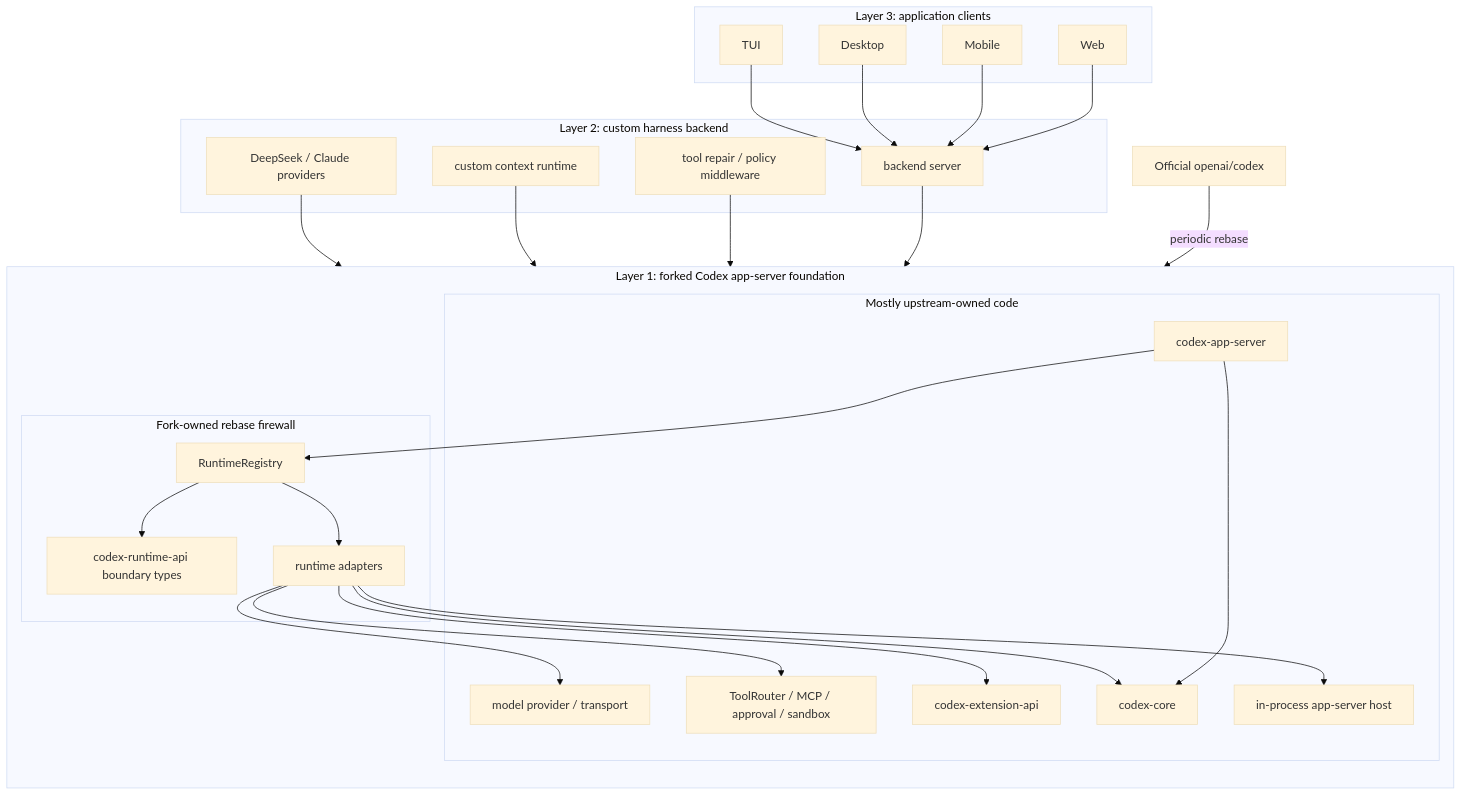
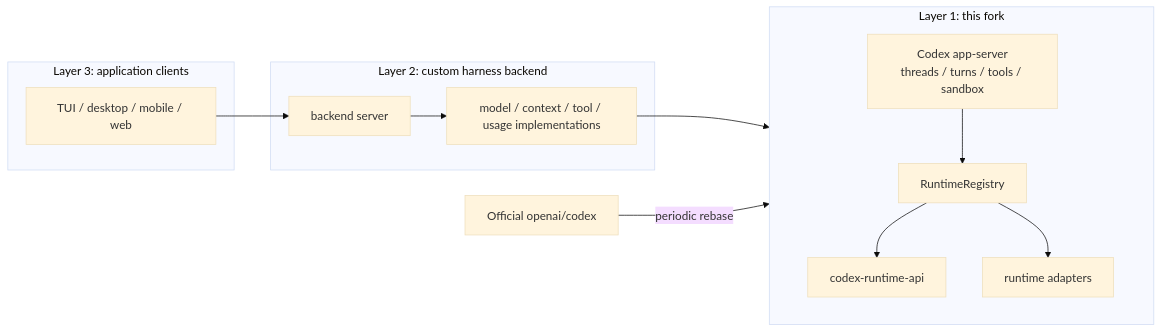
Before and after one commit to skxie/oh-my-codex-app-server: the diagram in README.md, drawn with Mermaid (base theme).

Commit message:
Simplify README architecture diagram

````diff
--- a/README.md
+++ b/README.md
@@ -14,57 +14,30 @@
 ```mermaid
-flowchart TD
+flowchart LR
   Upstream["Official openai/codex"]
 
-  subgraph L1["Layer 1: forked Codex app-server foundation"]
+  subgraph L1["Layer 1: this fork"]
     direction TB
+    AppServer["Codex app-server\nthreads / turns / tools / sandbox"]
+    RuntimeRegistry["RuntimeRegistry"]
+    RuntimeApi["codex-runtime-api"]
+    Adapters["runtime adapters"]
 
-    subgraph UpstreamOwned["Mostly upstream-owned code"]
-      AppServer["codex-app-server"]
-      Core["codex-core"]
-      ToolRuntime["ToolRouter / MCP / approval / sandbox"]
-      ModelRuntime["model provider / transport"]
-      ExtensionApi["codex-extension-api"]
-      InProcess["in-process app-server host"]
-    end
-
-    subgraph ForkOwned["Fork-owned rebase firewall"]
-      RuntimeRegistry["RuntimeRegistry"]
-      RuntimeApi["codex-runtime-api boundary types"]
-      Adapters["runtime adapters"]
-    end
-
+    AppServer --> RuntimeRegistry
     RuntimeRegistry --> RuntimeApi
     RuntimeRegistry --> Adapters
-    Adapters --> ModelRuntime
-    Adapters --> ToolRuntime
-    Adapters --> ExtensionApi
-    Adapters --> Core
-    Adapters --> InProcess
-    AppServer --> RuntimeRegistry
-    AppServer --> Core
   end
 
   subgraph L2["Layer 2: custom harness backend"]
-    CustomProvider["DeepSeek / Claude providers"]
-    CustomContext["custom context runtime"]
-    ToolRepair["tool repair / policy middleware"]
     Backend["backend server"]
+    RuntimeImpls["model / context / tool / usage implementations"]
   end
 
   subgraph L3["Layer 3: application clients"]
-    TUI["TUI"]
-    Desktop["Desktop"]
-    Mobile["Mobile"]
-    Web["Web"]
+    Clients["TUI / desktop / mobile / web"]
   end
 
   Upstream -->|"periodic rebase"| L1
-  CustomProvider --> RuntimeRegistry
-  CustomContext --> RuntimeRegistry
-  ToolRepair --> RuntimeRegistry
-  Backend --> RuntimeRegistry
-  TUI --> Backend
-  Desktop --> Backend
-  Mobile --> Backend
-  Web --> Backend
+  RuntimeImpls --> RuntimeRegistry
+  Backend --> RuntimeImpls
+  Clients --> Backend
 ```
````
